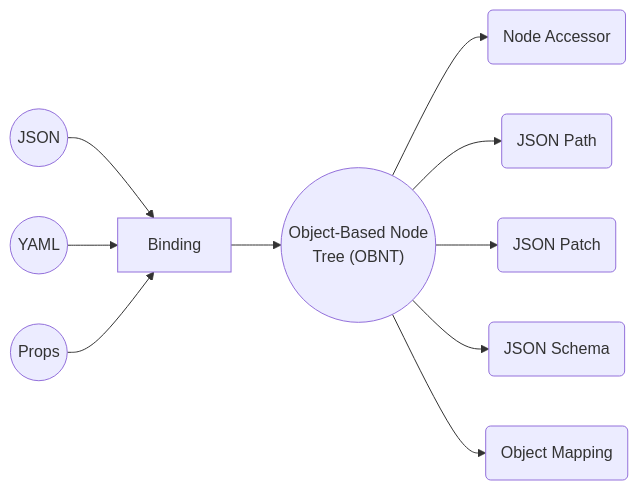
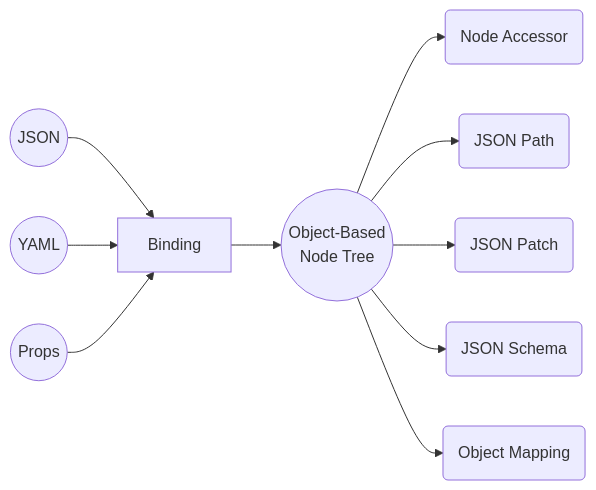
Before and after one commit to sjf4j-projects/sjf4j.org: the first of 2 diagrams in docs/architecture.md, drawn with Mermaid. The commit also changed other lines of this file and 1 other file, not shown here.

````diff
--- a/docs/architecture.md
+++ b/docs/architecture.md
@@ -13,21 +13,21 @@
 ```mermaid
 flowchart LR
 
     JSON(("JSON"))
     YAML(("YAML"))
     PROP(("Props"))
 
     BIND["Binding"]
 
     JSON --> BIND
     YAML --> BIND
     PROP --> BIND
 
-    BIND --> OBNT(("Object-Based Node <br/> Tree (OBNT)"))
+    BIND --> OBNT(("Object-Based <br/> Node Tree"))
 
     OBNT --> ACCESSOR("Node Accessor")
     OBNT --> PATH("JSON Path")
     OBNT --> PATCH("JSON Patch")
     OBNT --> SCHEMA("JSON Schema")
     OBNT --> MAPPER("Object Mapping")
 ```
````
